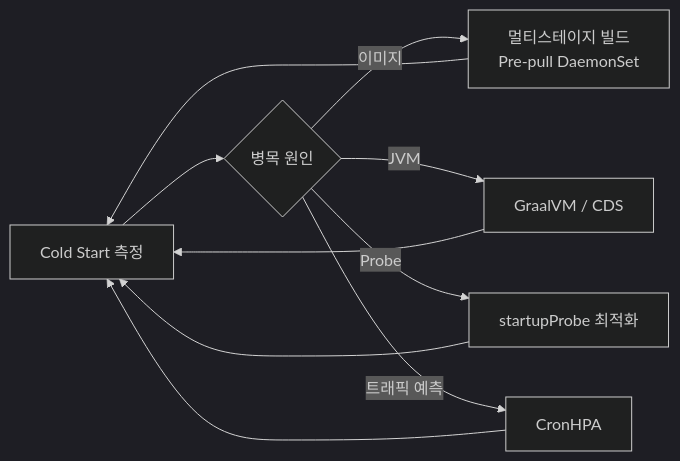
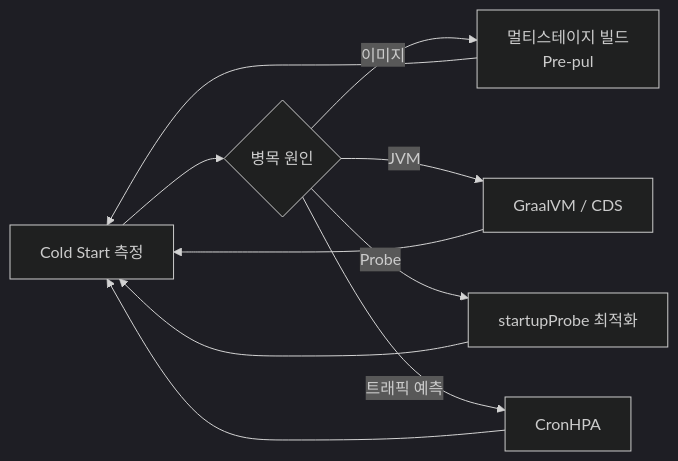
Before and after one commit to yjkim2015/yjkim2015.github.io: the fifth of 5 diagrams in _posts/cloud/2026-05-02-kubernetes-cold-start.md, drawn with Mermaid (dark theme). The commit also changed other lines of this file and 271 other files, not shown here.

First line of the commit message:
Mermaid 라벨 축소: 긴 노드 텍스트 18자 이하로 트림 + \n 제거

````diff
--- a/_posts/cloud/2026-05-02-kubernetes-cold-start.md
+++ b/_posts/cloud/2026-05-02-kubernetes-cold-start.md
@@ -526,9 +526,9 @@
 ```mermaid
 graph LR
     Measure["Cold Start 측정"] --> B{"병목 원인"}
-    B -->|"이미지"| ImageOpt["멀티스테이지 빌드\nPre-pull DaemonSet"]
+    B -->|"이미지"| ImageOpt["멀티스테이지 빌드\nPre-pul"]
     B -->|"JVM"| JvmOpt["GraalVM / CDS"]
     B -->|"Probe"| ProbeOpt["startupProbe 최적화"]
     B -->|"트래픽 예측"| Cron["CronHPA"]
     ImageOpt & JvmOpt & ProbeOpt & Cron --> Measure
 ```
````
